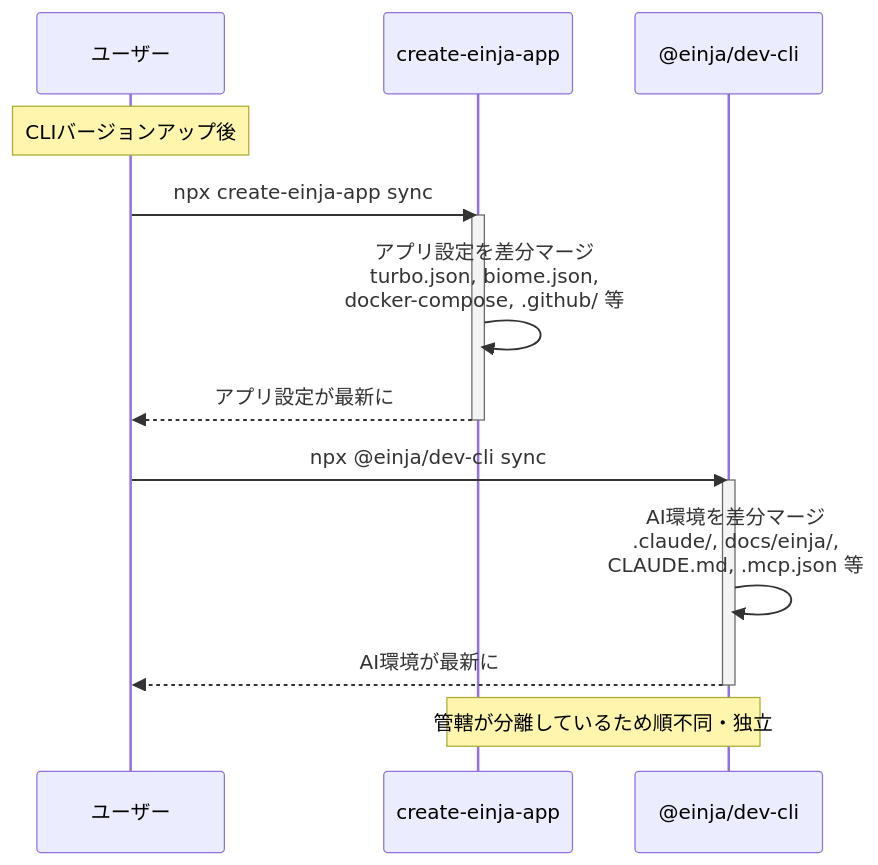
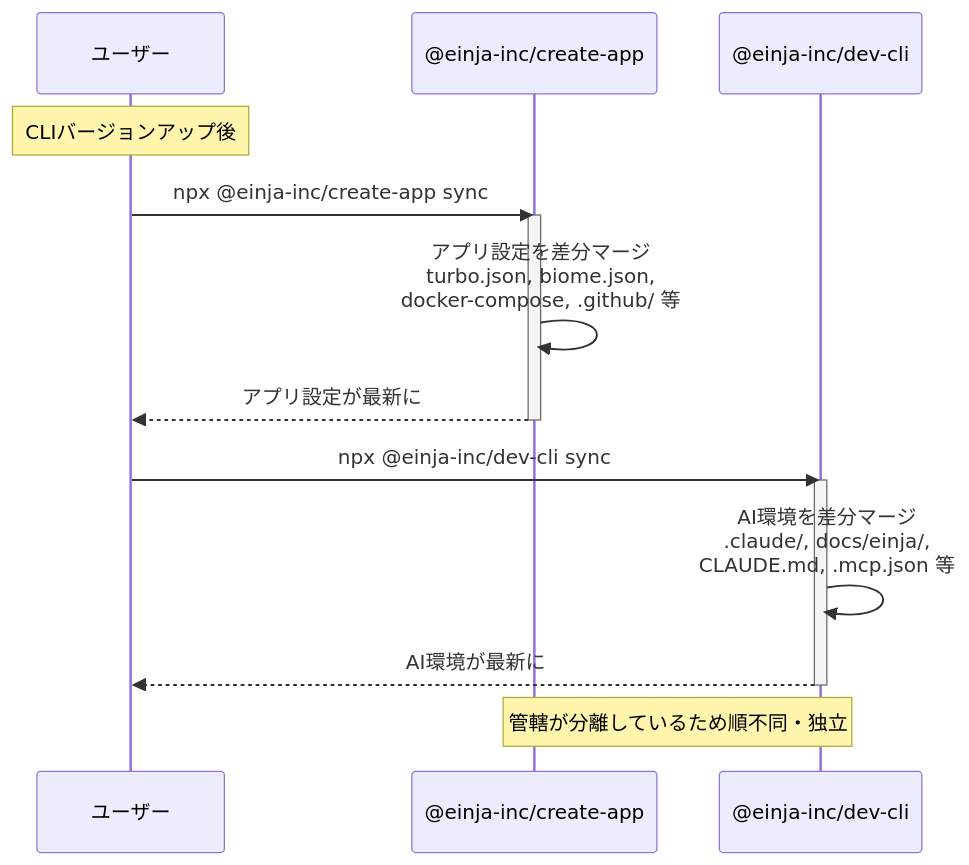
The second of 3 diagrams in packages/cli/README.md (einja-inc/einja-management-template), drawn with Mermaid before and after one commit. The commit also changed other lines of this file and 163 other files, not shown here.

First line of the commit message:
feat: create-einja-app→create-app リネーム・Skill体系再構築

````diff
--- a/packages/cli/README.md
+++ b/packages/cli/README.md
@@ -64,22 +64,22 @@
 ```mermaid
 sequenceDiagram
     participant U as ユーザー
-    participant C as create-einja-app
-    participant D as @einja/dev-cli
+    participant C as @einja-inc/create-app
+    participant D as @einja-inc/dev-cli
 
     Note over U: CLIバージョンアップ後
 
-    U->>C: npx create-einja-app sync
+    U->>C: npx @einja-inc/create-app sync
     activate C
     C->>C: アプリ設定を差分マージ<br/>turbo.json, biome.json,<br/>docker-compose, .github/ 等
     C-->>U: アプリ設定が最新に
     deactivate C
 
-    U->>D: npx @einja/dev-cli sync
+    U->>D: npx @einja-inc/dev-cli sync
     activate D
     D->>D: AI環境を差分マージ<br/>.claude/, docs/einja/,<br/>CLAUDE.md, .mcp.json 等
     D-->>U: AI環境が最新に
     deactivate D
 
     Note over C,D: 管轄が分離しているため順不同・独立
 ```
````
